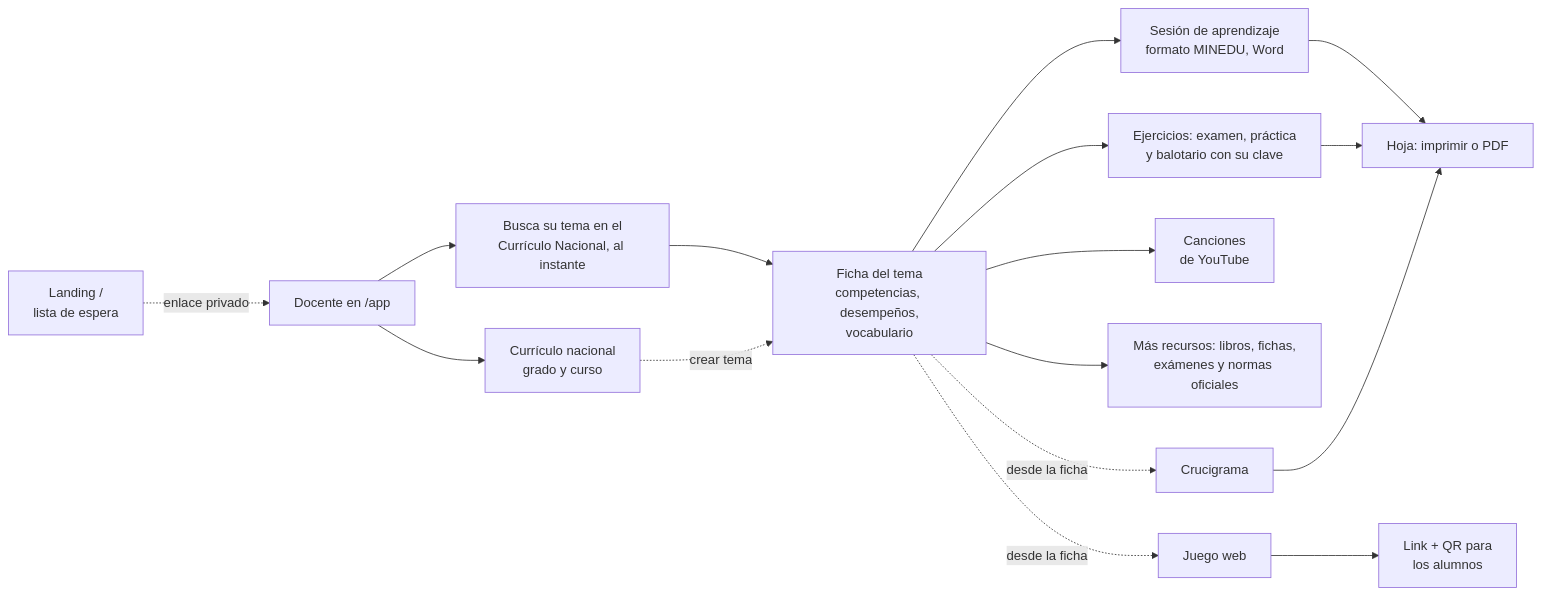
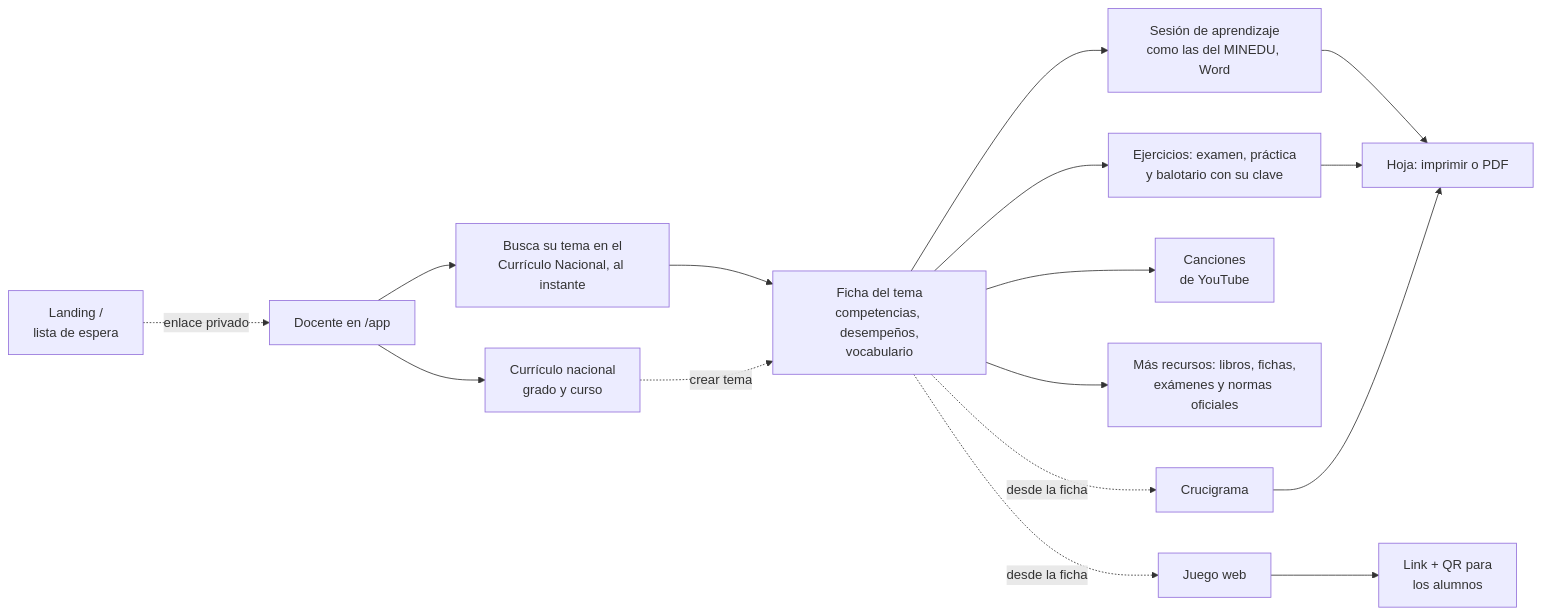
One commit to Hecze/supermentes changed the diagram in obsidian/MAPA.md. Above: the diagram before and after it, drawn with Mermaid. The commit also changed other lines of this file and 3 other files, not shown here.

First line of the commit message:
La sesión, como las del MINEDU: regla nueva y de dónde sale cada parte

````diff
--- a/obsidian/MAPA.md
+++ b/obsidian/MAPA.md
@@ -12,16 +12,16 @@
 ```mermaid
 flowchart LR
   L[Landing /<br/>lista de espera] -. enlace privado .-> A
   A[Docente en /app] --> T[Busca su tema en el<br/>Currículo Nacional, al instante]
   T --> FI[Ficha del tema<br/>competencias, desempeños,<br/>vocabulario]
   A --> CN[Currículo nacional<br/>grado y curso]
   CN -. crear tema .-> FI
-  FI --> S[Sesión de aprendizaje<br/>formato MINEDU, Word]
+  FI --> S[Sesión de aprendizaje<br/>como las del MINEDU, Word]
   FI --> EL[Ejercicios: examen, práctica<br/>y balotario con su clave]
   FI --> C[Canciones<br/>de YouTube]
   FI --> R[Más recursos: libros, fichas,<br/>exámenes y normas oficiales]
   FI -. desde la ficha .-> J[Juego web]
   FI -. desde la ficha .-> X[Crucigrama]
   S & EL & X --> H[Hoja: imprimir o PDF]
   J --> Q[Link + QR para<br/>los alumnos]
 ```
````
